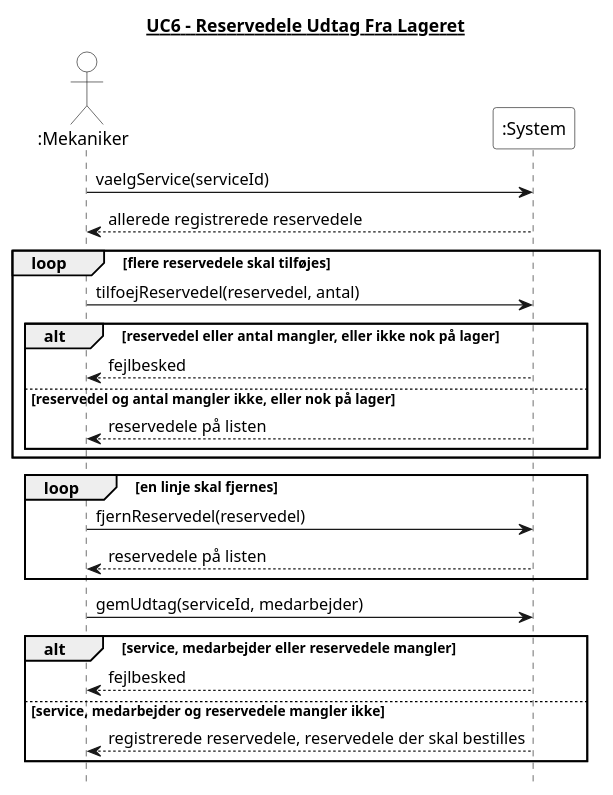
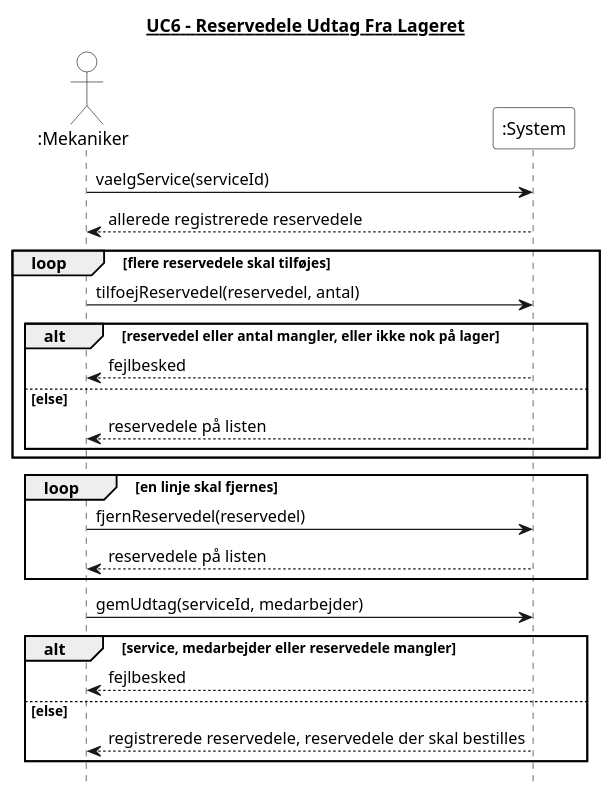
Before and after one commit to Zoabz/Getting-Real: the diagram in 4. System Sekvens Diagram/UC6_reservedele_udtag.puml, drawn with PlantUML. The commit also changed 7 other files, not shown here.

```diff
--- a/4. System Sekvens Diagram/UC6_reservedele_udtag.puml
+++ b/4. System Sekvens Diagram/UC6_reservedele_udtag.puml
@@ -1,45 +1,45 @@
 @startuml
 title <u>UC6 - Reservedele Udtag Fra Lageret</u>
 hide footbox
 skinparam monochrome true
 skinparam shadowing false
 skinparam backgroundColor white
 skinparam actor {
   BackgroundColor white
 }
 skinparam participant {
   BackgroundColor white
 }
 
 actor ":Mekaniker"
 participant ":System" as System
 
 ":Mekaniker" -> System : vaelgService(serviceId)
 
 System --> ":Mekaniker" : allerede registrerede reservedele
 
 loop flere reservedele skal tilføjes
   ":Mekaniker" -> System : tilfoejReservedel(reservedel, antal)
   
   alt reservedel eller antal mangler, eller ikke nok på lager
     System --> ":Mekaniker" : fejlbesked
-  else reservedel og antal mangler ikke, eller nok på lager
+  else else
     System --> ":Mekaniker" : reservedele på listen
   end
   
 end
 loop en linje skal fjernes
   ":Mekaniker" -> System : fjernReservedel(reservedel)
   
   System --> ":Mekaniker" : reservedele på listen
   
 end
 ":Mekaniker" -> System : gemUdtag(serviceId, medarbejder)
 
 alt service, medarbejder eller reservedele mangler
   System --> ":Mekaniker" : fejlbesked
-else service, medarbejder og reservedele mangler ikke
+else else
   System --> ":Mekaniker" : registrerede reservedele, reservedele der skal bestilles
 end
 
 @enduml
```
